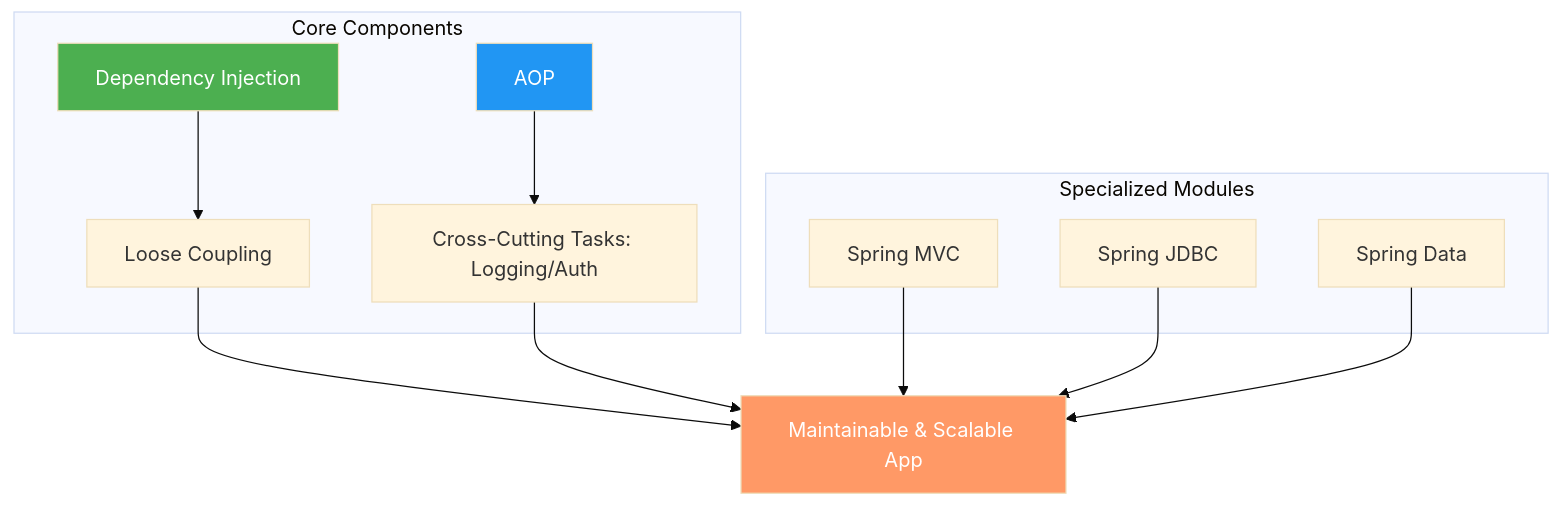
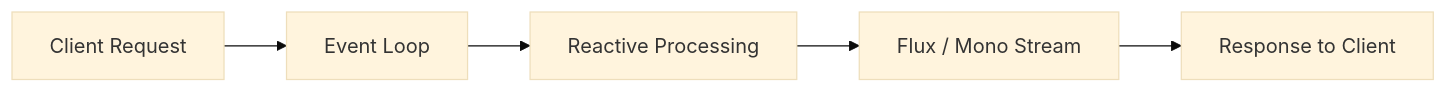
One commit to himwak2001/java-full-stack-interview-questions-answers changed the first of 2 diagrams in spring/spring_interview_questions/interview_questions.md. Above: the diagram before and after it, drawn with Mermaid (base theme). The commit also changed other lines of this file, not shown here.

````diff
--- a/spring/spring_interview_questions/interview_questions.md
+++ b/spring/spring_interview_questions/interview_questions.md
@@ -12,20 +116,7 @@
   ```mermaid
-  graph TD
-    subgraph "Core Components"
-    A[Dependency Injection] --> B[Loose Coupling]
-    C[AOP] --> D[Cross-Cutting Tasks: Logging/Auth]
-    end
-
-    subgraph "Specialized Modules"
-    E[Spring MVC]
-    F[Spring JDBC]
-    G[Spring Data]
-    end
-
-    B & D --> H[Maintainable & Scalable App]
-    E & F & G --> H
-
-    style A fill:#4CAF50,color:#fff
-    style C fill:#2196F3,color:#fff
-    style H fill:#f96,color:#fff
+  flowchart LR
+    A[Client Request] --> B[Event Loop]
+    B --> C[Reactive Processing]
+    C --> D[Flux / Mono Stream]
+    D --> E[Response to Client]
   ```
````
